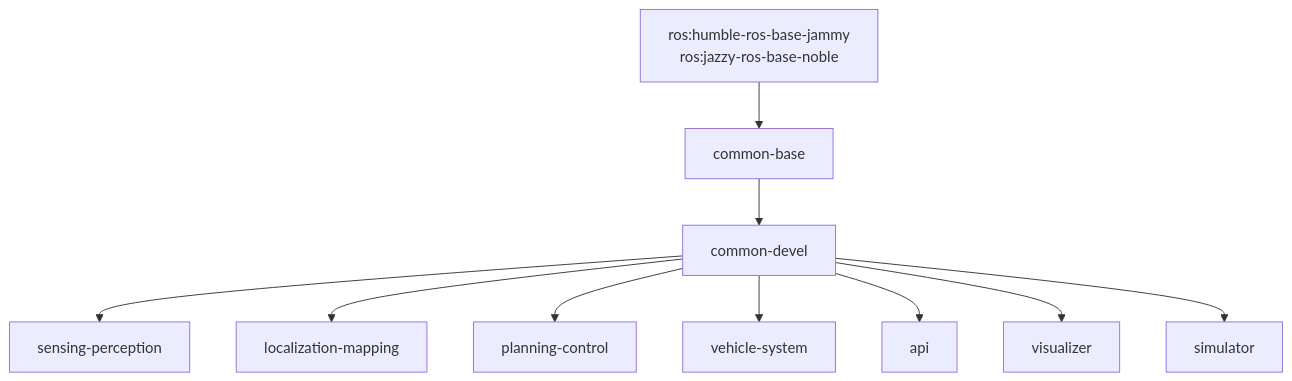
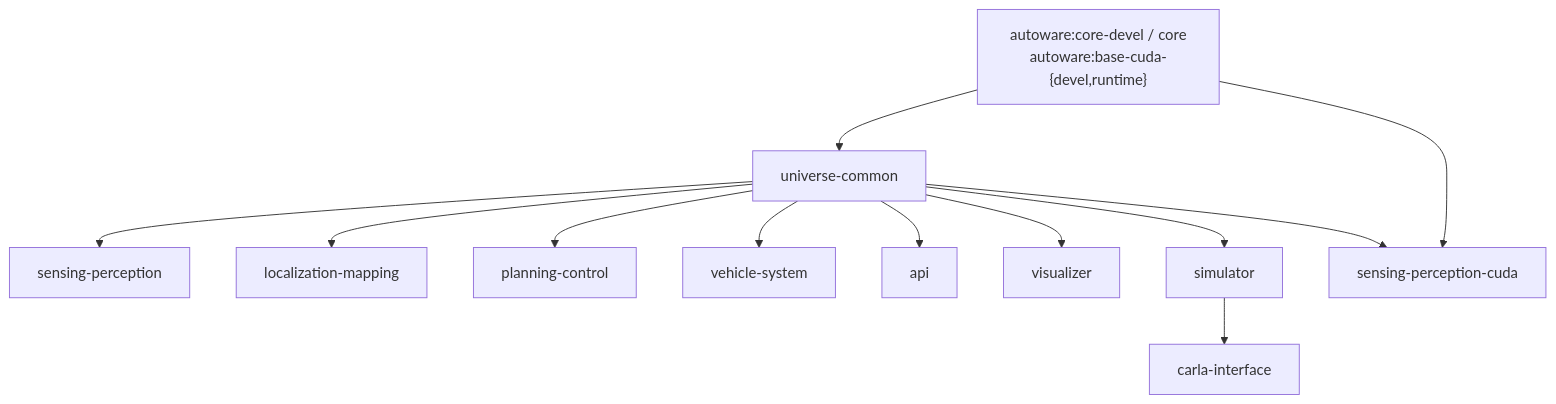
One commit to autowarefoundation/openadkit changed the diagram in docs/development/build-from-source.md. Above: the diagram before and after it, drawn with Mermaid. The commit also changed other lines of this file, not shown here.

First line of the commit message:
docs: rewrite build-from-source for upstream base images (#85)

````diff
--- a/docs/development/build-from-source.md
+++ b/docs/development/build-from-source.md
@@ -20,12 +24,14 @@
 ```mermaid
 flowchart TB
-    ROS["ros:humble-ros-base-jammy<br/>ros:jazzy-ros-base-noble"] --> CB["common-base"]
-    CB --> CD["common-devel"]
-    CD --> SP["sensing-perception"]
-    CD --> LM["localization-mapping"]
-    CD --> PC["planning-control"]
-    CD --> VS["vehicle-system"]
-    CD --> API["api"]
-    CD --> VIZ["visualizer"]
-    CD --> SIM["simulator"]
+    UP["autoware:core-devel / core<br/>autoware:base-cuda-{devel,runtime}"] --> UC["universe-common"]
+    UC --> SP["sensing-perception"]
+    UC --> LM["localization-mapping"]
+    UC --> PC["planning-control"]
+    UC --> VS["vehicle-system"]
+    UC --> API["api"]
+    UC --> VIZ["visualizer"]
+    UC --> SIM["simulator"]
+    UP --> SPC["sensing-perception-cuda"]
+    UC --> SPC
+    SIM --> CARLA["carla-interface"]
 ```
````
